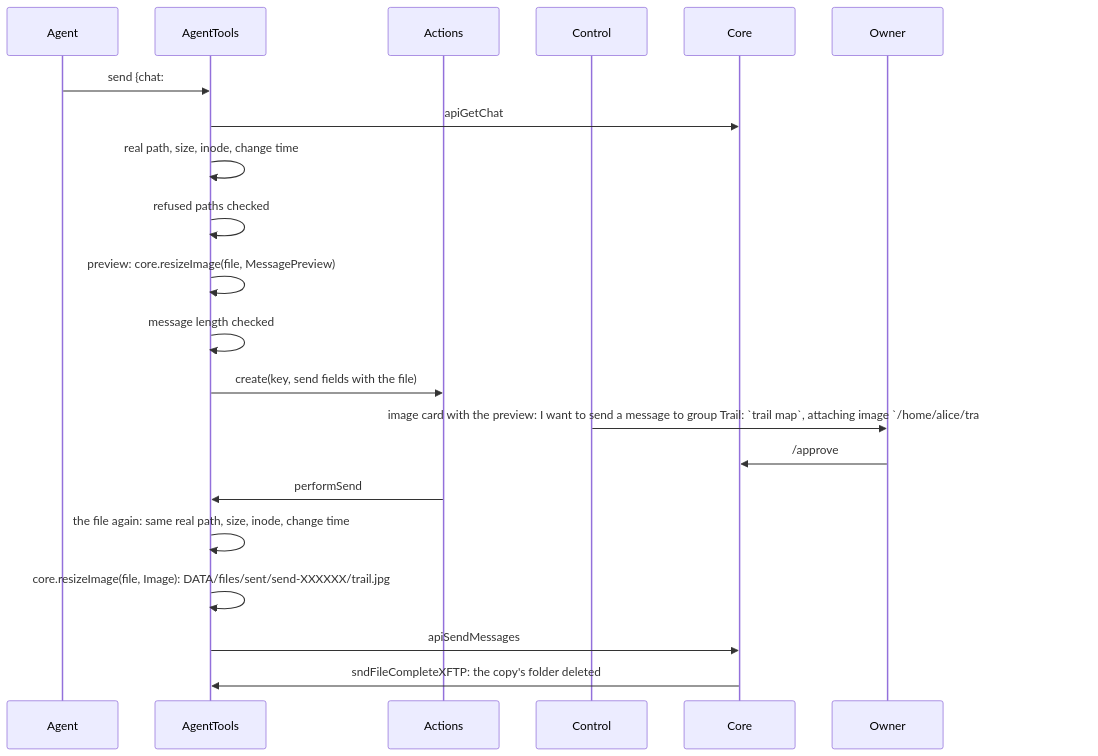
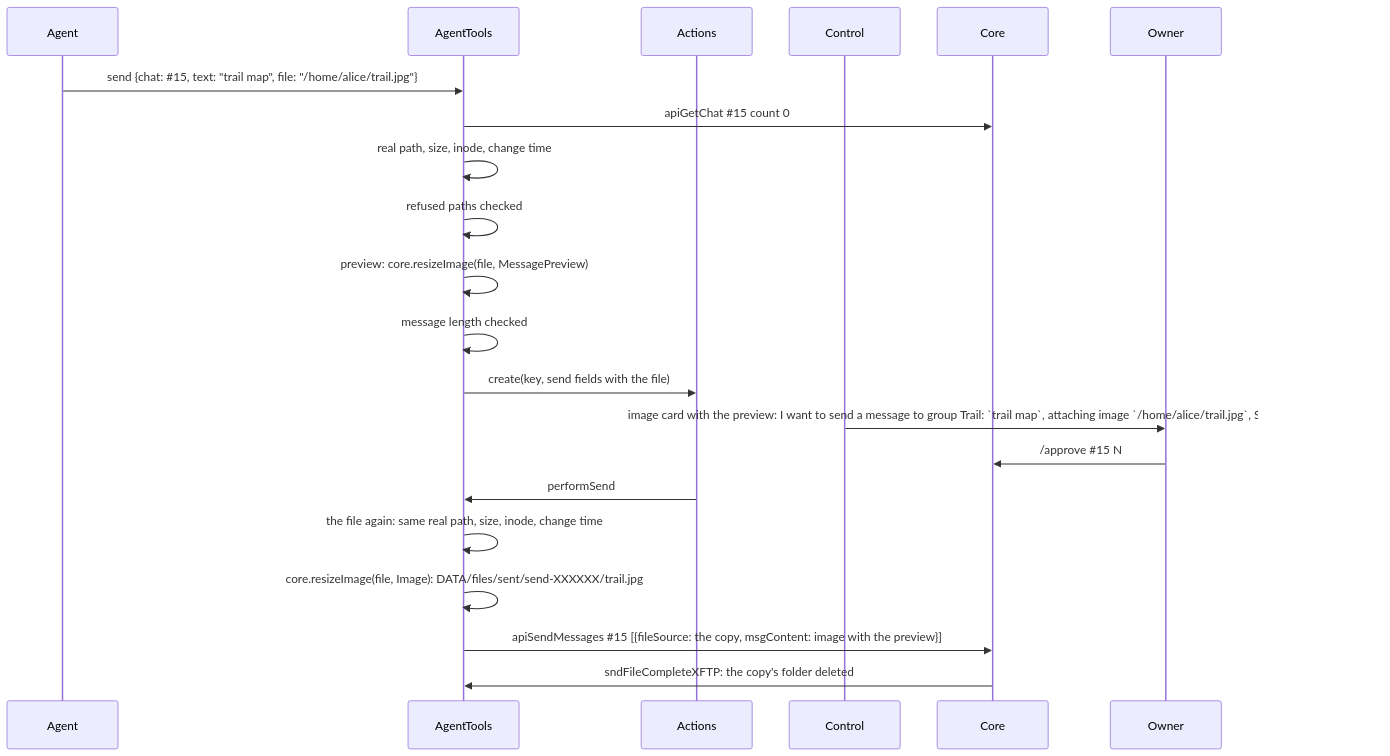
Before and after one commit to simplex-chat/simplex-chat: diagram 15 of 30 in packages/simplex-chat-mcp/spec/flows.md, drawn with Mermaid. The commit also changed other lines of this file and 1 other file, not shown here.

First line of the commit message:
mcp: spec diagrams render whole on GitHub

````diff
--- a/packages/simplex-chat-mcp/spec/flows.md
+++ b/packages/simplex-chat-mcp/spec/flows.md
@@ -666,23 +666,23 @@
 ```mermaid
 sequenceDiagram
   participant A as Agent
   participant T as AgentTools
   participant X as Actions
   participant K as Control
   participant C as Core
   participant O as Owner
-  A->>T: send {chat: #15, text: "trail map", file: "/home/alice/trail.jpg"}
-  T->>C: apiGetChat #15 count 0
+  A->>T: send {chat: #35;15, text: "trail map", file: "/home/alice/trail.jpg"}
+  T->>C: apiGetChat #35;15 count 0
   T->>T: real path, size, inode, change time
   T->>T: refused paths checked
   T->>T: preview: core.resizeImage(file, MessagePreview)
   T->>T: message length checked
   T->>X: create(key, send fields with the file)
-  K->>O: image card with the preview: I want to send a message to group Trail: `trail map`, attaching image `/home/alice/trail.jpg`, SIZE /'approve #15 N', ...
-  O->>C: /approve #15 N
+  K->>O: image card with the preview: I want to send a message to group Trail: `trail map`, attaching image `/home/alice/trail.jpg`, SIZE /'approve #35;15 N', ...
+  O->>C: /approve #35;15 N
   X->>T: performSend
   T->>T: the file again: same real path, size, inode, change time
   T->>T: core.resizeImage(file, Image): DATA/files/sent/send-XXXXXX/trail.jpg
-  T->>C: apiSendMessages #15 [{fileSource: the copy, msgContent: image with the preview}]
+  T->>C: apiSendMessages #35;15 [{fileSource: the copy, msgContent: image with the preview}]
   C->>T: sndFileCompleteXFTP: the copy's folder deleted
 ```
````
